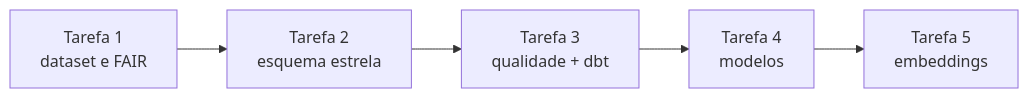
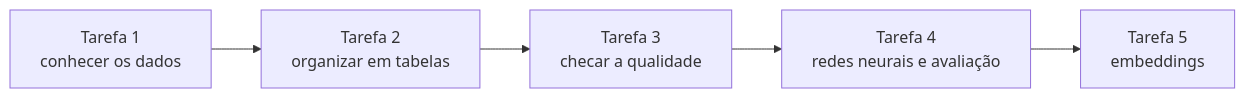
The first of 10 diagrams in README.md (kafb04/data-engineering-multimodal-ai), drawn with Mermaid before and after one commit. The commit also changed other lines of this file, not shown here.

````diff
--- a/README.md
+++ b/README.md
@@ -6,7 +7,7 @@
 ```mermaid
 flowchart LR
-    T1["Tarefa 1<br/>dataset e FAIR"] --> T2["Tarefa 2<br/>esquema estrela"]
-    T2 --> T3["Tarefa 3<br/>qualidade + dbt"]
-    T3 --> T4["Tarefa 4<br/>modelos"]
+    T1["Tarefa 1<br/>conhecer os dados"] --> T2["Tarefa 2<br/>organizar em tabelas"]
+    T2 --> T3["Tarefa 3<br/>checar a qualidade"]
+    T3 --> T4["Tarefa 4<br/>redes neurais e avaliação"]
     T4 --> T5["Tarefa 5<br/>embeddings"]
 ```
````
